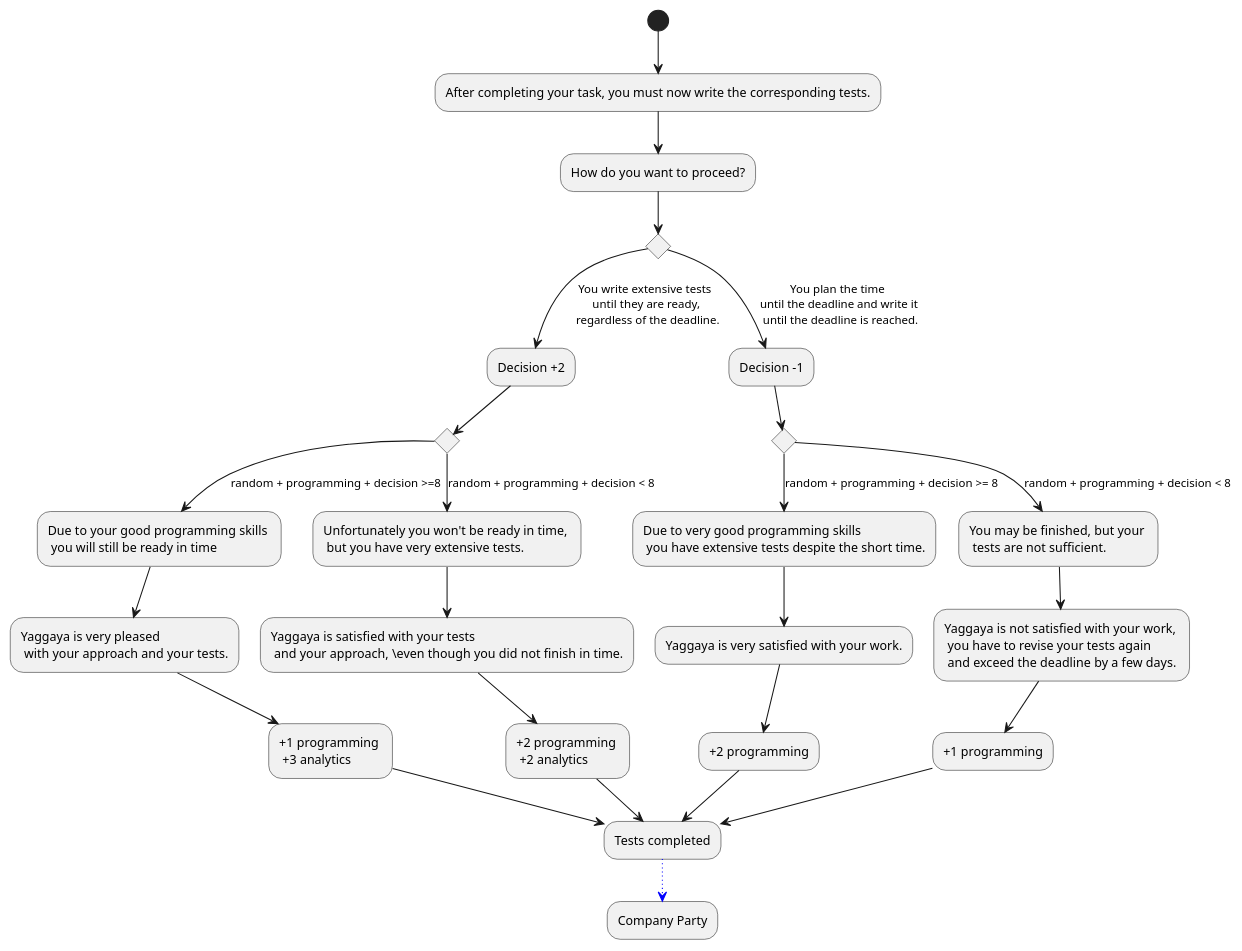
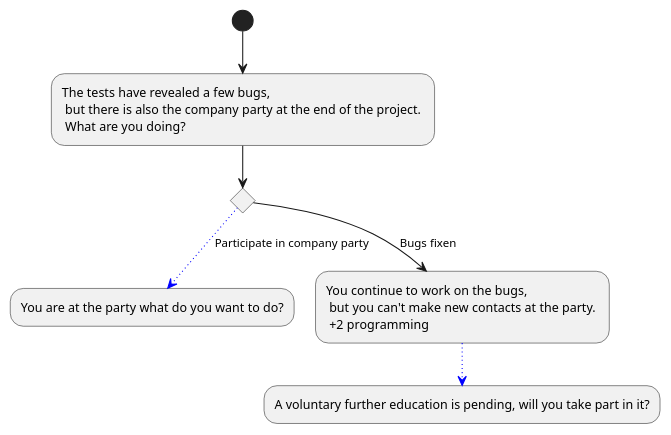
The diagram in Docs/Technical Specifications/docs/diagrams/StoryFlow/StoryFlow_Decision_6.puml (Brotenko/QualityQuest), drawn with PlantUML before and after one commit. The commit also changed 28 other files, not shown here.

```diff
--- a/Docs/Technical Specifications/docs/diagrams/StoryFlow/StoryFlow_Decision_6.puml
+++ b/Docs/Technical Specifications/docs/diagrams/StoryFlow/StoryFlow_Decision_6.puml
@@ -1,38 +1,9 @@
 @startuml
-(*) --> "After completing your task, you must now write the corresponding tests."
---> "How do you want to proceed?" as wie
-if "" then
---> [You write extensive tests \n until they are ready, \n regardless of the deadline.] "Decision +2" as d1
-if " " then 
---> [random + programming + decision >=8] "Due to your good programming skills \n you will still be ready in time"
---> "Yaggaya is very pleased \n with your approach and your tests."
---> "+1 programming \n +3 analytics" as a1
+(*) --> "The tests have revealed a few bugs, \n but there is also the company party at the end of the project. \n What are you doing?"
+if "" then 
+-[#blue,dotted]-> [Participate in company party] "You are at the party what do you want to do?"
 else 
---> [random + programming + decision < 8] "Unfortunately you won't be ready in time, \n but you have very extensive tests."
---> "Yaggaya is satisfied with your tests \n and your approach, \even though you did not finish in time."
---> "+2 programming \n +2 analytics" as a2
-endif
-else
- --> [You plan the time \n until the deadline and write it \n until the deadline is reached.] "Decision -1" as d2
-if " " then 
---> [random + programming + decision >= 8] "Due to very good programming skills \n you have extensive tests despite the short time."
---> "Yaggaya is very satisfied with your work."
---> "+2 programming" as a3
-else 
---> [random + programming + decision < 8] "You may be finished, but your \n tests are not sufficient."
---> "Yaggaya is not satisfied with your work, \n you have to revise your tests again \n and exceed the deadline by a few days."
---> "+1 programming" as a4
-endif
-endif
-
-a1 --> "Tests completed" as ta
-a2 --> ta
-a3 --> ta
-a4 --> ta
-ta -[#blue,dotted]-> "Company Party"
-
-
-
-
+--> [Bugs fixen] "You continue to work on the bugs, \n but you can't make new contacts at the party. \n +2 programming"
+-[#blue,dotted]-> "A voluntary further education is pending, will you take part in it?"
 
 @enduml
```
